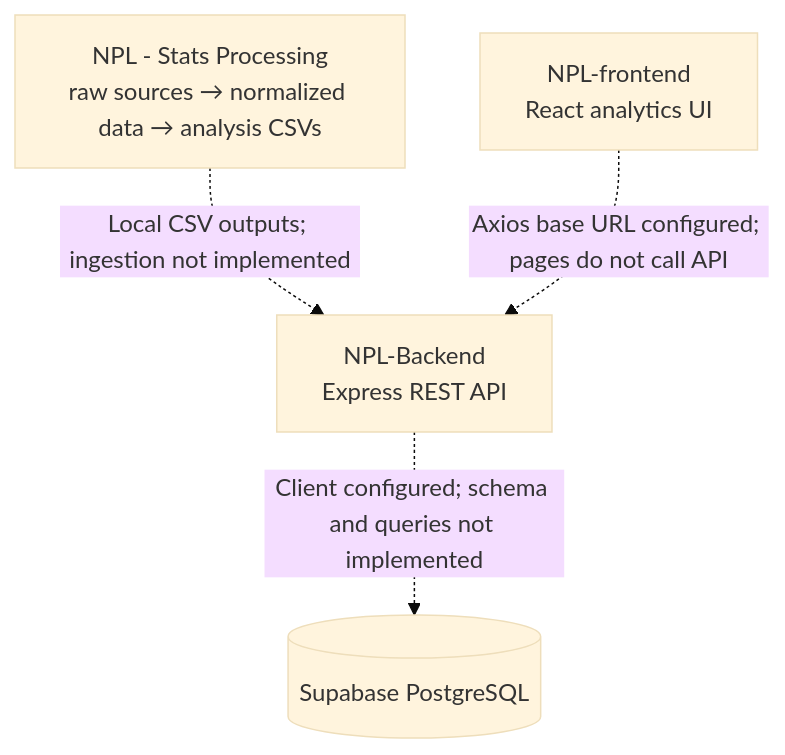
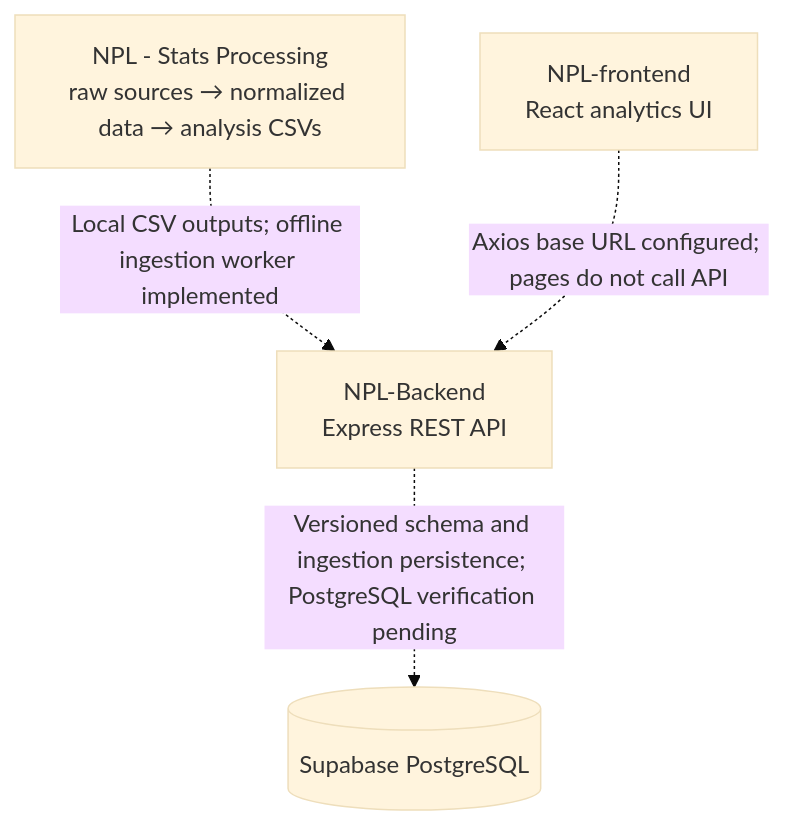
One commit to diwashpandey1/NPL-insights changed the diagram in README.md. Above: the diagram before and after it, drawn with Mermaid (base theme). The commit also changed other lines of this file and 2 other files, not shown here.

````diff
--- a/README.md
+++ b/README.md
@@ -33,11 +33,11 @@
 ```mermaid
 flowchart TD
     P["NPL - Stats Processing<br/>raw sources → normalized data → analysis CSVs"]
     B["NPL-Backend<br/>Express REST API"]
     DB[("Supabase PostgreSQL")]
     F["NPL-frontend<br/>React analytics UI"]
 
-    P -. "Local CSV outputs; ingestion not implemented" .-> B
-    B -. "Client configured; schema and queries not implemented" .-> DB
+    P -. "Local CSV outputs; offline ingestion worker implemented" .-> B
+    B -. "Versioned schema and ingestion persistence; PostgreSQL verification pending" .-> DB
     F -. "Axios base URL configured; pages do not call API" .-> B
 ```
````
